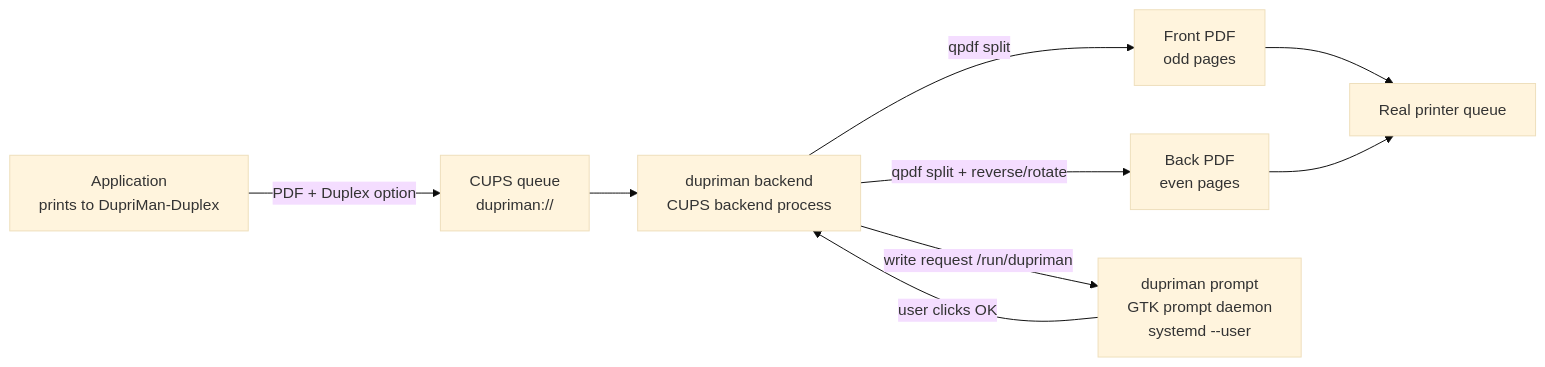
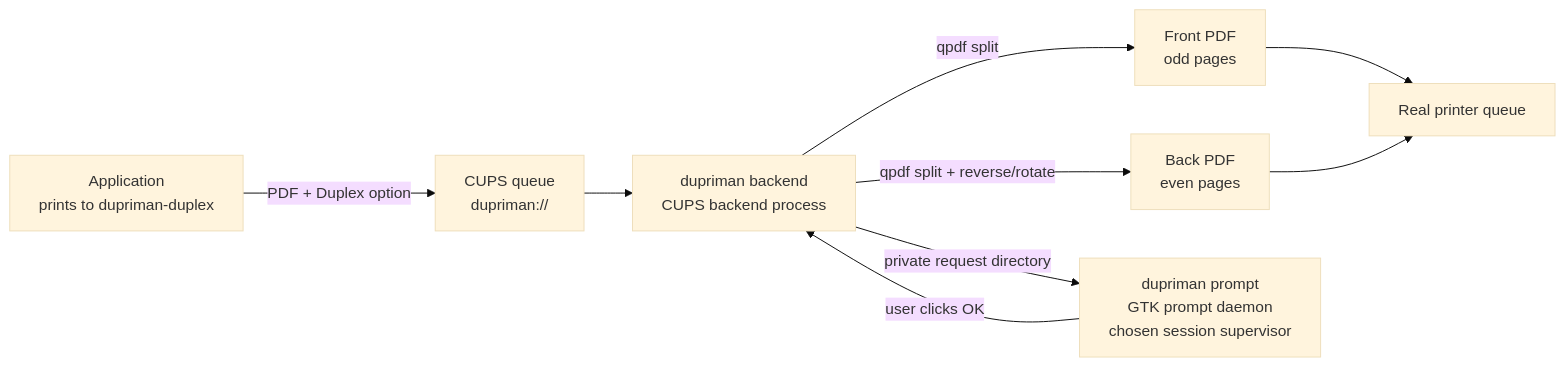
The diagram in README.md (OrdChaos/dupriman), drawn with Mermaid (base theme) before and after one commit. The commit also changed other lines of this file and 19 other files, not shown here.

````diff
--- a/README.md
+++ b/README.md
@@ -15,11 +15,11 @@
 ```mermaid
 flowchart LR
-    A[Application<br/>prints to DupriMan-Duplex] -->|PDF + Duplex option| B[CUPS queue<br/>dupriman://]
+    A[Application<br/>prints to dupriman-duplex] -->|PDF + Duplex option| B[CUPS queue<br/>dupriman://]
     B --> C[dupriman backend<br/>CUPS backend process]
     C -->|qpdf split| D[Front PDF<br/>odd pages]
     C -->|qpdf split + reverse/rotate| E[Back PDF<br/>even pages]
     D --> F[Real printer queue]
-    C -->|write request /run/dupriman| G[dupriman prompt<br/>GTK prompt daemon<br/>systemd --user]
+    C -->|private request directory| G[dupriman prompt<br/>GTK prompt daemon<br/>chosen session supervisor]
     G -->|user clicks OK| C
     E --> F
 ```
````
